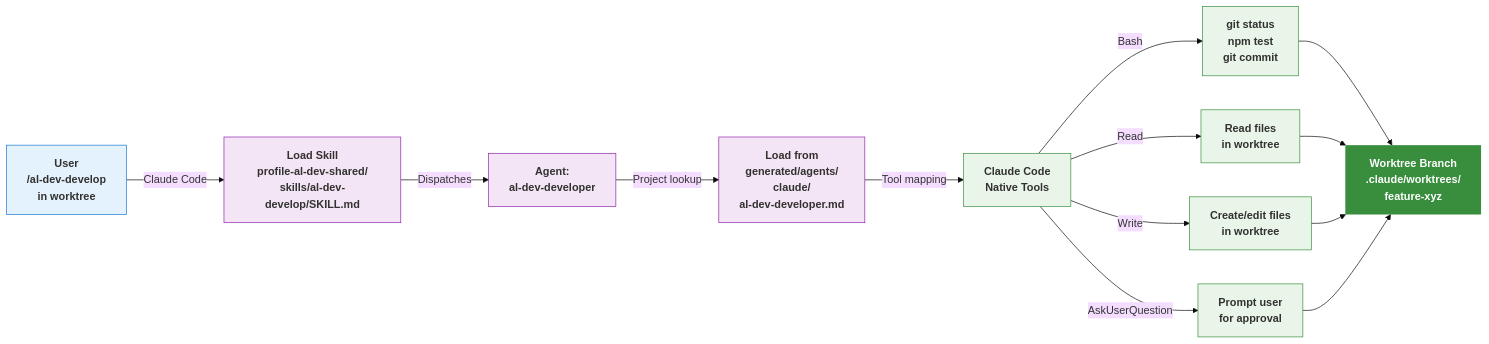
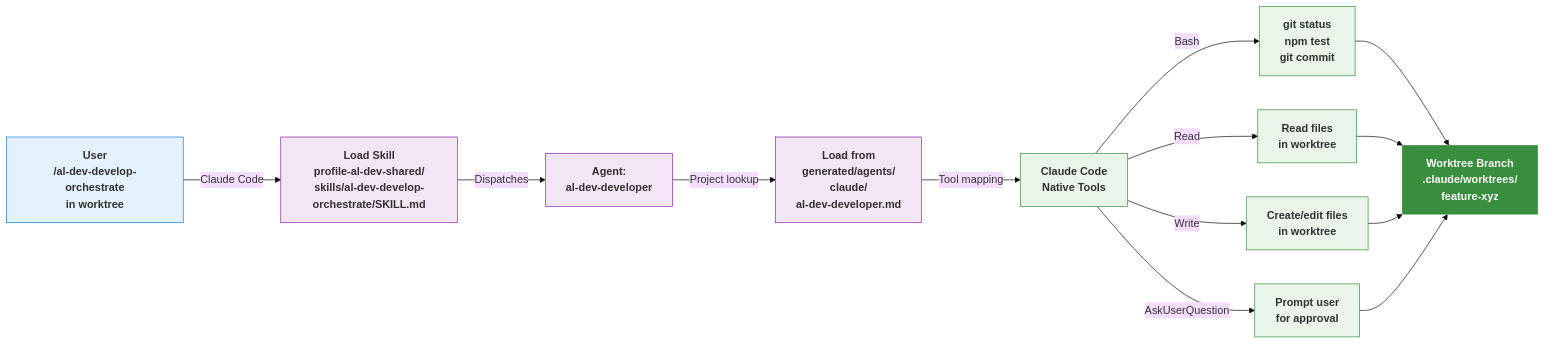
One commit to russell-laing/al-dev-shared changed the fifth of 6 diagrams in docs/projection-layer-readme.md. Above: the diagram before and after it, drawn with Mermaid (base theme). The commit also changed other lines of this file and 53 other files, not shown here.

Commit message:
refactor(skill): rename al-dev-develop to al-dev-develop-orchestrate, keep artifact prefix stable (#875)

````diff
--- a/docs/projection-layer-readme.md
+++ b/docs/projection-layer-readme.md
@@ -610,31 +610,31 @@
 ```mermaid
 graph LR
-    A["User<br/>/al-dev-develop<br/>in worktree"] -->|Claude Code| B["Load Skill<br/>profile-al-dev-shared/<br/>skills/al-dev-develop/SKILL.md"]
+    A["User<br/>/al-dev-develop-orchestrate<br/>in worktree"] -->|Claude Code| B["Load Skill<br/>profile-al-dev-shared/<br/>skills/al-dev-develop-orchestrate/SKILL.md"]
     B -->|Dispatches| C["Agent:<br/>al-dev-developer"]
     C -->|Project lookup| D["Load from<br/>generated/agents/<br/>claude/<br/>al-dev-developer.md"]
     D -->|Tool mapping| E["Claude Code<br/>Native Tools"]
     E -->|Bash| F["git status<br/>npm test<br/>git commit"]
     E -->|Read| G["Read files<br/>in worktree"]
     E -->|Write| H["Create/edit files<br/>in worktree"]
     E -->|AskUserQuestion| I["Prompt user<br/>for approval"]
     F --> J["Worktree Branch<br/>.claude/worktrees/<br/>feature-xyz"]
     G --> J
     H --> J
     I --> J
     
     classDef input fill:#e3f2fd,stroke:#1976d2,color:#323130,font-weight:bold
     classDef process fill:#f3e5f5,stroke:#8e24aa,color:#323130,font-weight:bold
     classDef output fill:#e8f5e8,stroke:#388e3c,color:#323130,font-weight:bold
     classDef emphasisGreen fill:#388e3c,stroke:none,color:#fff,font-weight:bold
 
     class A input
     class B process
     class C process
     class D process
     class E output
     class F output
     class G output
     class H output
     class I output
     class J emphasisGreen
 ```
````
